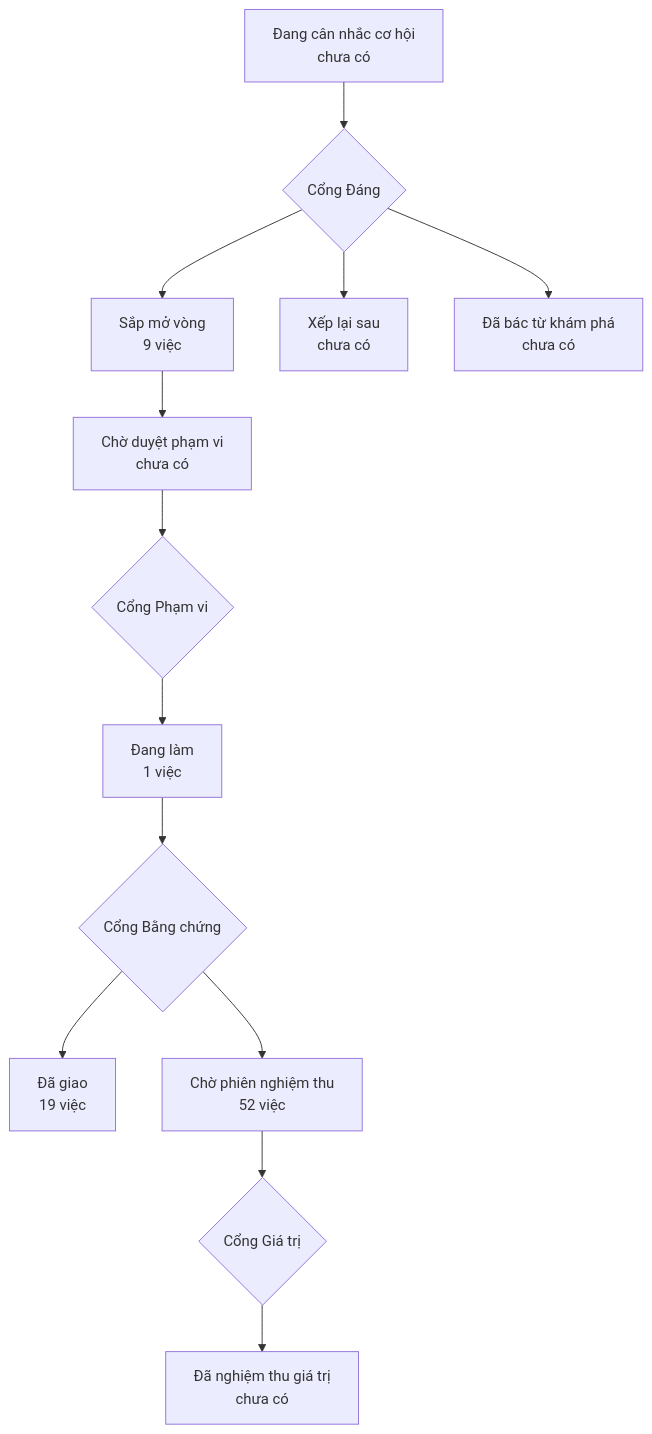
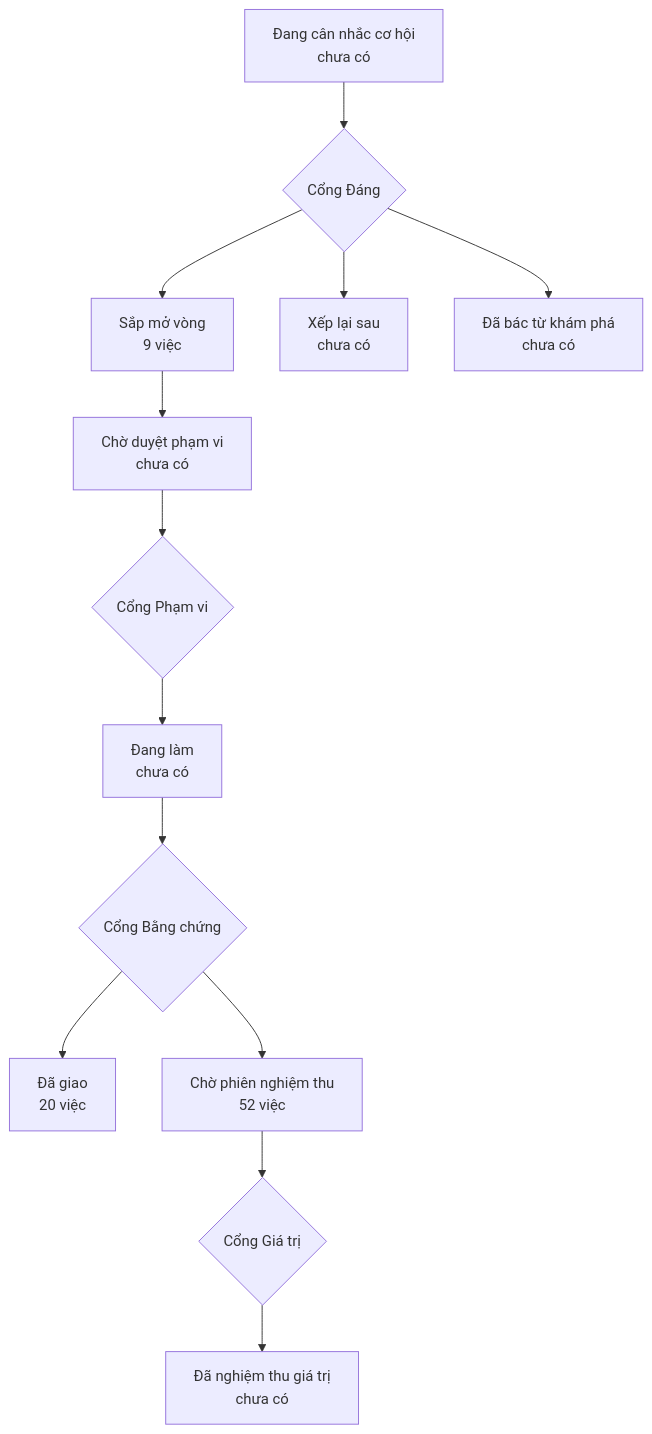
One commit to phanlemanh/onehub-inventory changed the diagram in PRODUCT-MAP.md. Above: the diagram before and after it, drawn with Mermaid. The commit also changed other lines of this file and 3 other files, not shown here.

````diff
--- a/PRODUCT-MAP.md
+++ b/PRODUCT-MAP.md
@@ -7,12 +7,12 @@
 ```mermaid
 flowchart TD
   A["Đang cân nhắc cơ hội<br/>chưa có"] --> GD{"Cổng Đáng"}
   GD --> B["Sắp mở vòng<br/>9 việc"]
   GD --> XL["Xếp lại sau<br/>chưa có"]
   GD --> DB["Đã bác từ khám phá<br/>chưa có"]
   B --> CD["Chờ duyệt phạm vi<br/>chưa có"] --> GP{"Cổng Phạm vi"}
-  GP --> DL["Đang làm<br/>1 việc"] --> GB{"Cổng Bằng chứng"}
-  GB --> DG["Đã giao<br/>19 việc"]
+  GP --> DL["Đang làm<br/>chưa có"] --> GB{"Cổng Bằng chứng"}
+  GB --> DG["Đã giao<br/>20 việc"]
   GB --> CN["Chờ phiên nghiệm thu<br/>52 việc"] --> GG{"Cổng Giá trị"}
   GG --> NT["Đã nghiệm thu giá trị<br/>chưa có"]
 ```
````
